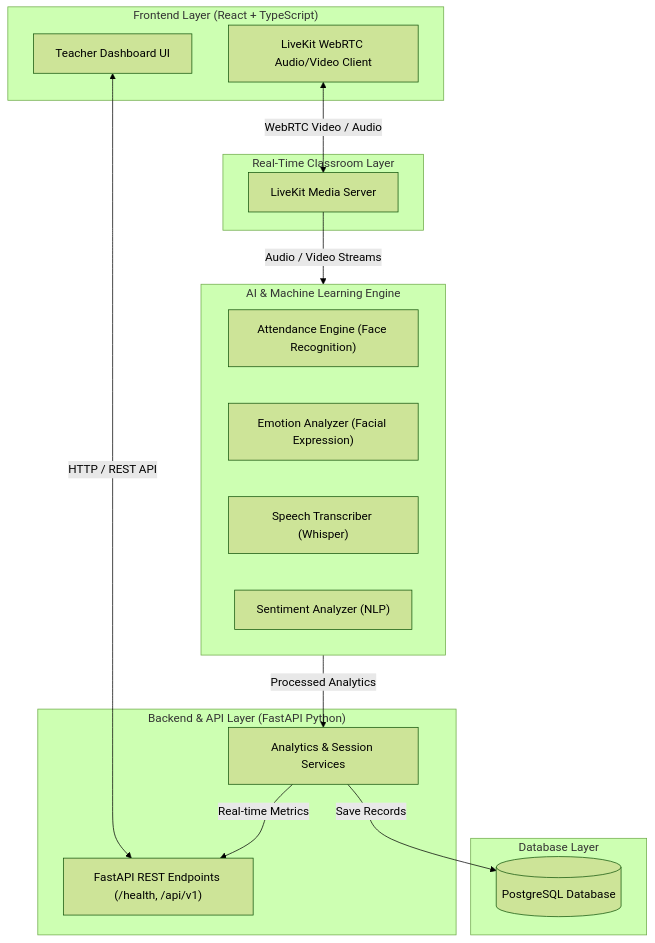
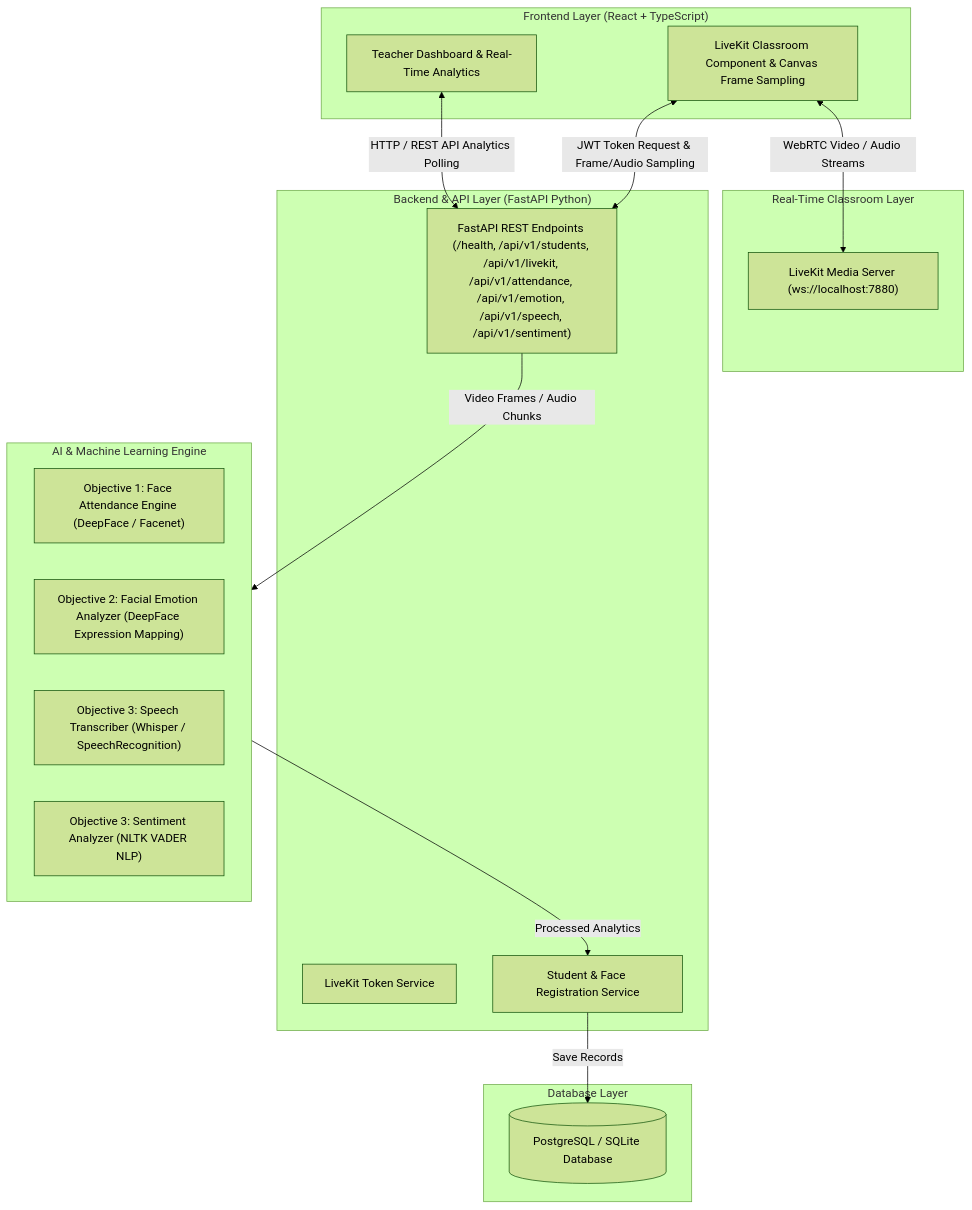
The diagram in docs/architecture.md (Sinchana-1706/EduSense-AI), drawn with Mermaid (forest theme) before and after one commit. The commit also changed other lines of this file and 55 other files, not shown here.

Commit message:
feat: integrate AI services and classroom features

````diff
--- a/docs/architecture.md
+++ b/docs/architecture.md
@@ -5,34 +5,35 @@
 ```mermaid
 flowchart TD
     subgraph Client ["Frontend Layer (React + TypeScript)"]
-        UI["Teacher Dashboard UI"]
-        RTC_Client["LiveKit WebRTC Audio/Video Client"]
+        UI["Teacher Dashboard & Real-Time Analytics"]
+        Classroom["LiveKit Classroom Component & Canvas Frame Sampling"]
     end
 
     subgraph Backend ["Backend & API Layer (FastAPI Python)"]
-        API["FastAPI REST Endpoints (/health, /api/v1)"]
-        Service["Analytics & Session Services"]
+        API["FastAPI REST Endpoints (/health, /api/v1/students, /api/v1/livekit, /api/v1/attendance, /api/v1/emotion, /api/v1/speech, /api/v1/sentiment)"]
+        LK_Service["LiveKit Token Service"]
+        Student_Service["Student & Face Registration Service"]
     end
 
     subgraph RealTime ["Real-Time Classroom Layer"]
-        LiveKit["LiveKit Media Server"]
+        LiveKit["LiveKit Media Server (ws://localhost:7880)"]
     end
 
     subgraph AI_Engine ["AI & Machine Learning Engine"]
-        Att["Attendance Engine (Face Recognition)"]
-        Emo["Emotion Analyzer (Facial Expression)"]
-        Speech["Speech Transcriber (Whisper)"]
-        Sent["Sentiment Analyzer (NLP)"]
+        Att["Objective 1: Face Attendance Engine (DeepFace / Facenet)"]
+        Emo["Objective 2: Facial Emotion Analyzer (DeepFace Expression Mapping)"]
+        Speech["Objective 3: Speech Transcriber (Whisper / SpeechRecognition)"]
+        Sent["Objective 3: Sentiment Analyzer (NLTK VADER NLP)"]
     end
 
     subgraph Storage ["Database Layer"]
-        DB[(PostgreSQL Database)]
+        DB[(PostgreSQL / SQLite Database)]
     end
 
-    UI <-->|HTTP / REST API| API
-    RTC_Client <-->|WebRTC Video / Audio| LiveKit
-    LiveKit -->|Audio / Video Streams| AI_Engine
-    AI_Engine -->|Processed Analytics| Service
-    Service -->|Save Records| DB
-    Service -->|Real-time Metrics| API
+    UI <-->|HTTP / REST API Analytics Polling| API
+    Classroom <-->|JWT Token Request & Frame/Audio Sampling| API
+    Classroom <-->|WebRTC Video / Audio Streams| LiveKit
+    API -->|Video Frames / Audio Chunks| AI_Engine
+    AI_Engine -->|Processed Analytics| Student_Service
+    Student_Service -->|Save Records| DB
 ```
````
